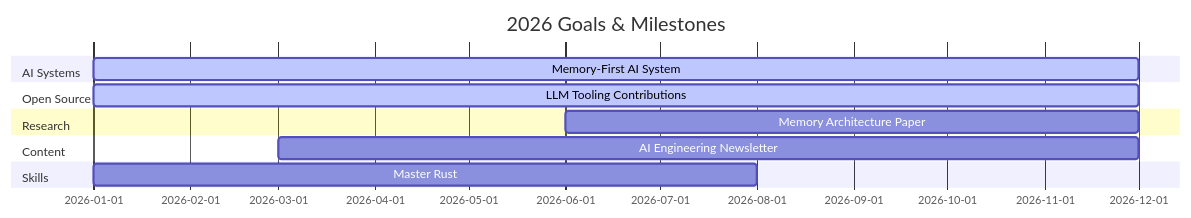
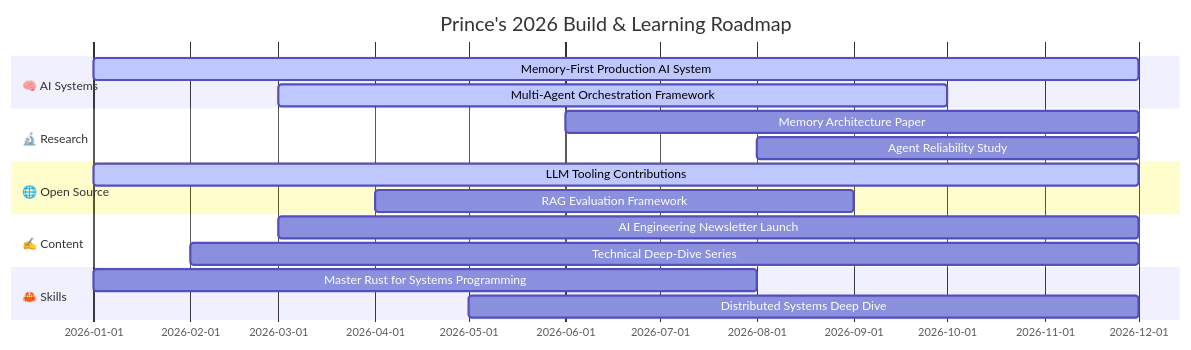
The diagram in README.md (Pkansagra-hub/Pkansagra-hub), drawn with Mermaid before and after one commit. The commit also changed other lines of this file, not shown here.

````diff
--- a/README.md
+++ b/README.md
@@ -424,15 +516,20 @@
 ```mermaid
 gantt
-    title 2026 Goals & Milestones
+    title Prince's 2026 Build & Learning Roadmap
     dateFormat  YYYY-MM
-    section AI Systems
-    Memory-First AI System           :active, 2026-01, 2026-12
-    section Open Source
-    LLM Tooling Contributions        :active, 2026-01, 2026-12
-    section Research
-    Memory Architecture Paper        : 2026-06, 2026-12
-    section Content
-    AI Engineering Newsletter        : 2026-03, 2026-12
-    section Skills
-    Master Rust                      : 2026-01, 2026-08
+    section 🧠 AI Systems
+    Memory-First Production AI System    :active, 2026-01, 2026-12
+    Multi-Agent Orchestration Framework  :active, 2026-03, 2026-10
+    section 🔬 Research
+    Memory Architecture Paper            : 2026-06, 2026-12
+    Agent Reliability Study              : 2026-08, 2026-12
+    section 🌐 Open Source
+    LLM Tooling Contributions            :active, 2026-01, 2026-12
+    RAG Evaluation Framework             : 2026-04, 2026-09
+    section ✍️ Content
+    AI Engineering Newsletter Launch     : 2026-03, 2026-12
+    Technical Deep-Dive Series           : 2026-02, 2026-12
+    section 🦀 Skills
+    Master Rust for Systems Programming  : 2026-01, 2026-08
+    Distributed Systems Deep Dive        : 2026-05, 2026-12
 ```
````
